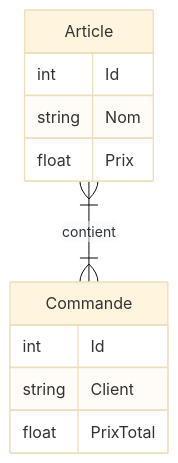
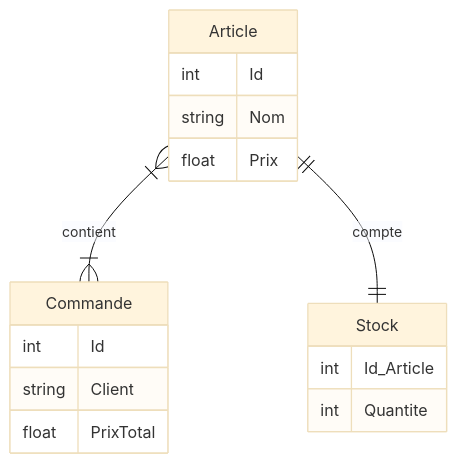
One commit to Mistayan/webservice-order_manager changed the first of 4 diagrams in README.md. Above: the diagram before and after it, drawn with Mermaid (base theme). The commit also changed other lines of this file, not shown here.

````diff
--- a/README.md
+++ b/README.md
@@ -42,16 +42,21 @@
 ```mermaid
 erDiagram
     Article }|--|{ Commande : contient
     Article {
         int Id
         string Nom
         float Prix
     }
 
     Commande {
         int Id
         string Client
         float PrixTotal
     }
+    Article ||--|| Stock : compte
+    Stock {
+        int Id_Article
+        int Quantite
+    }
 
 ```
````
